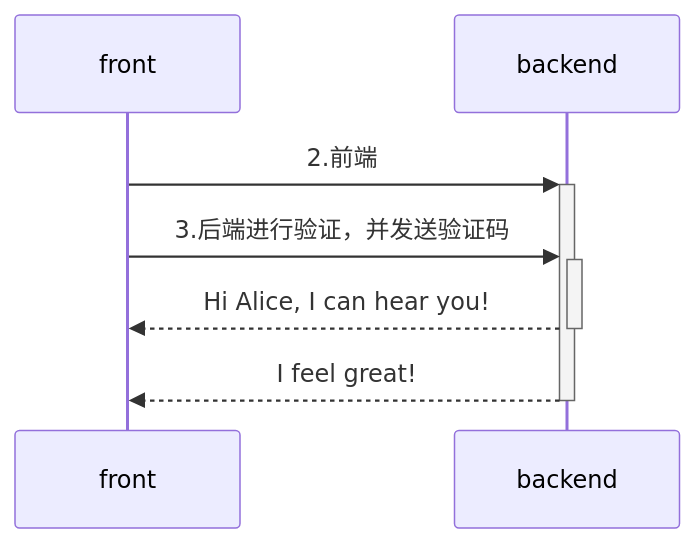
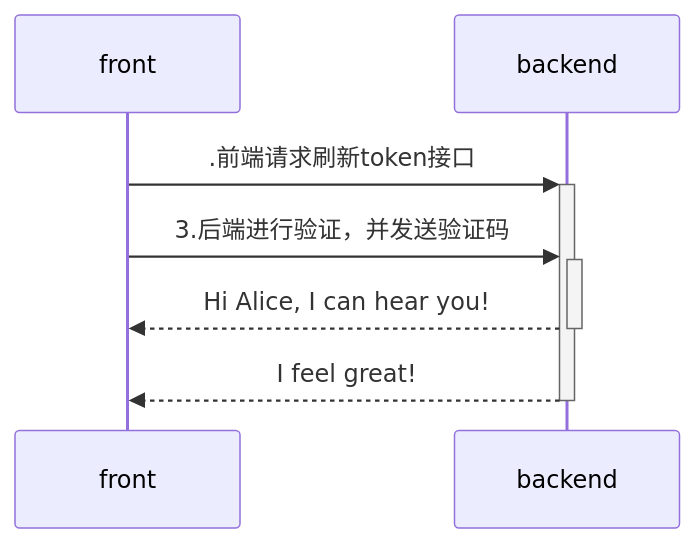
The diagram in all/未命名-4.md (yingjianzh/iodraw-files), drawn with Mermaid before and after one commit.

Commit message:
2024-08-02 17:39:36 update

````diff
--- a/all/未命名-4.md
+++ b/all/未命名-4.md
@@ -1,8 +1,8 @@
 ```mermaid
 sequenceDiagram
-    front->>+backend: 2.前端
+    front->>+backend: .前端请求刷新token接口
     front->>+backend: 3.后端进行验证，并发送验证码
     backend-->>-front: Hi Alice, I can hear you!
     backend-->>-front: I feel great!
             
 ```
````
